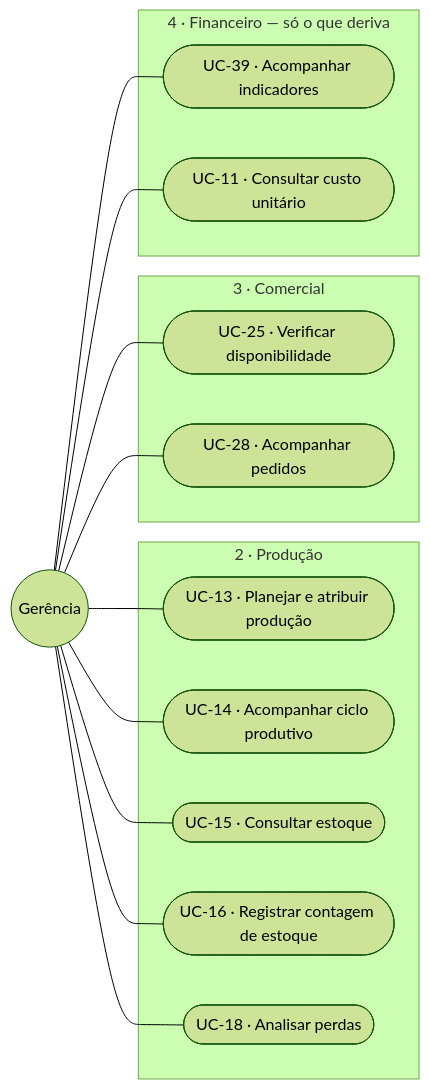
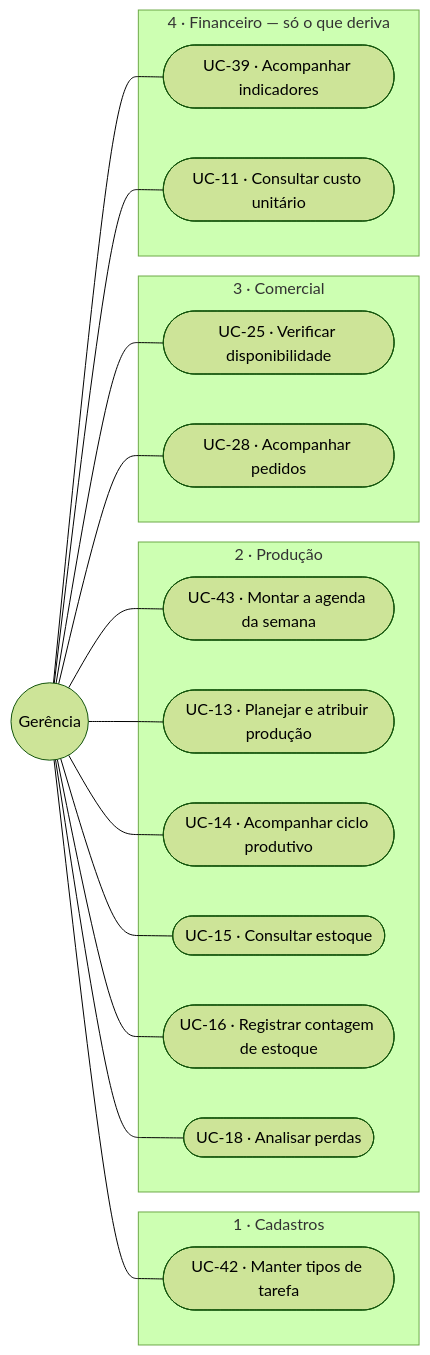
Before and after one commit to JoaoMudar/mudar: the third of 5 diagrams in docs/engenharia/C-modelagem/C1-diagrama-casos-de-uso.md, drawn with Mermaid (forest theme). The commit also changed other lines of this file and 33 other files, not shown here.

````diff
--- a/docs/engenharia/C-modelagem/C1-diagrama-casos-de-uso.md
+++ b/docs/engenharia/C-modelagem/C1-diagrama-casos-de-uso.md
@@ -193,32 +195,39 @@
 ```mermaid
 graph LR
   GE(("Gerência"))
 
+  subgraph M1["1 · Cadastros"]
+    UC42(["UC-42 · Manter tipos de tarefa"])
+  end
+
   subgraph M2["2 · Produção"]
+    UC43(["UC-43 · Montar a agenda da semana"])
     UC13(["UC-13 · Planejar e atribuir produção"])
     UC14(["UC-14 · Acompanhar ciclo produtivo"])
     UC15(["UC-15 · Consultar estoque"])
     UC16(["UC-16 · Registrar contagem de estoque"])
     UC18b(["UC-18 · Analisar perdas"])
   end
 
   subgraph M3["3 · Comercial"]
     UC25(["UC-25 · Verificar disponibilidade"])
     UC28b(["UC-28 · Acompanhar pedidos"])
   end
 
   subgraph M4["4 · Financeiro &mdash; só o que deriva"]
     UC39b(["UC-39 · Acompanhar indicadores"])
     UC11b(["UC-11 · Consultar custo unitário"])
   end
 
+  GE --- UC42
+  GE --- UC43
   GE --- UC13
   GE --- UC14
   GE --- UC15
   GE --- UC16
   GE --- UC25
   GE --- UC28b
   GE --- UC18b
   GE --- UC39b
   GE --- UC11b
 ```
````
